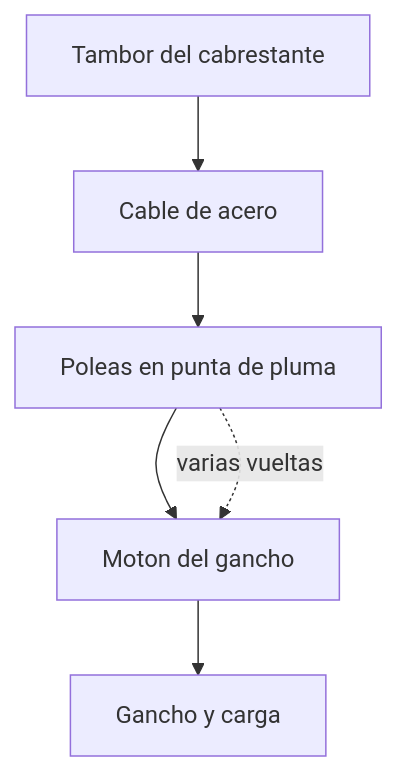
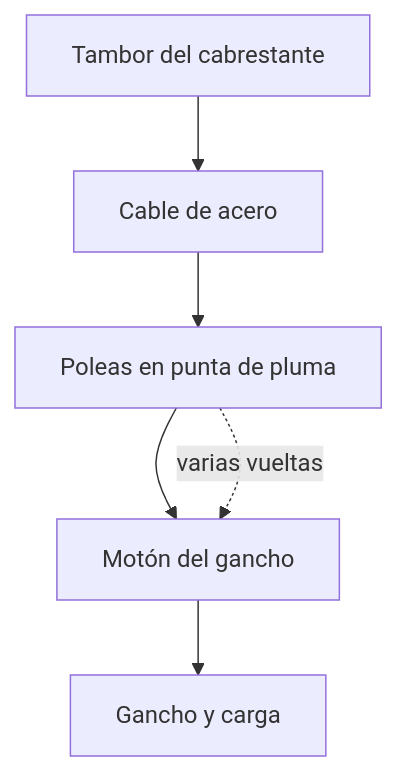
The second of 4 diagrams in vehiculos/gruas/operacion/sistemas-mecanicos-grua.md (vladimiracunadev-create/machine-operator-program), drawn with Mermaid before and after one commit. The commit also changed other lines of this file and 442 other files, not shown here.

````diff
--- a/vehiculos/gruas/operacion/sistemas-mecanicos-grua.md
+++ b/vehiculos/gruas/operacion/sistemas-mecanicos-grua.md
@@ -63,8 +63,8 @@
 ```mermaid
 flowchart TD
     Tambor[Tambor del cabrestante] --> Cable[Cable de acero]
     Cable --> PoleaP[Poleas en punta de pluma]
-    PoleaP --> Moton[Moton del gancho]
+    PoleaP --> Moton[Motón del gancho]
     Moton --> Gancho[Gancho y carga]
     PoleaP -. varias vueltas .-> Moton
 ```
````
